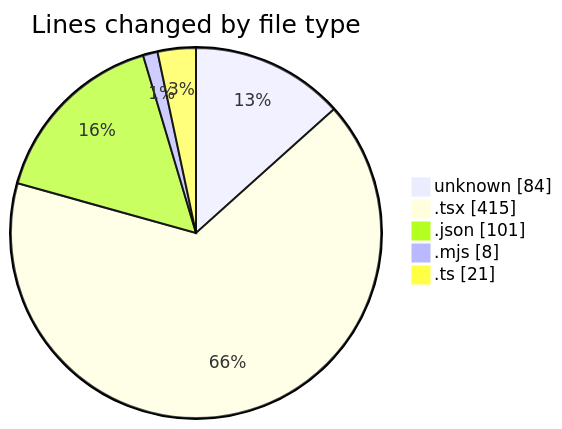
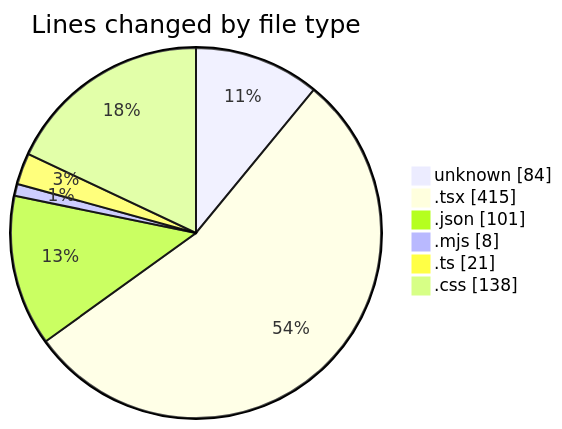
One commit to Elitesun/code-tracking changed the first of 2 diagrams in 2025-05-15/niten/README.md. Above: the diagram before and after it, drawn with Mermaid. The commit also changed other lines of this file and 1 other file, not shown here.

````diff
--- a/2025-05-15/niten/README.md
+++ b/2025-05-15/niten/README.md
@@ -27,9 +28,10 @@
 ```mermaid
 pie showData
 title Lines changed by file type
 "unknown" : 84
 ".tsx" : 415
 ".json" : 101
 ".mjs" : 8
 ".ts" : 21
+".css" : 138
 ```
````
